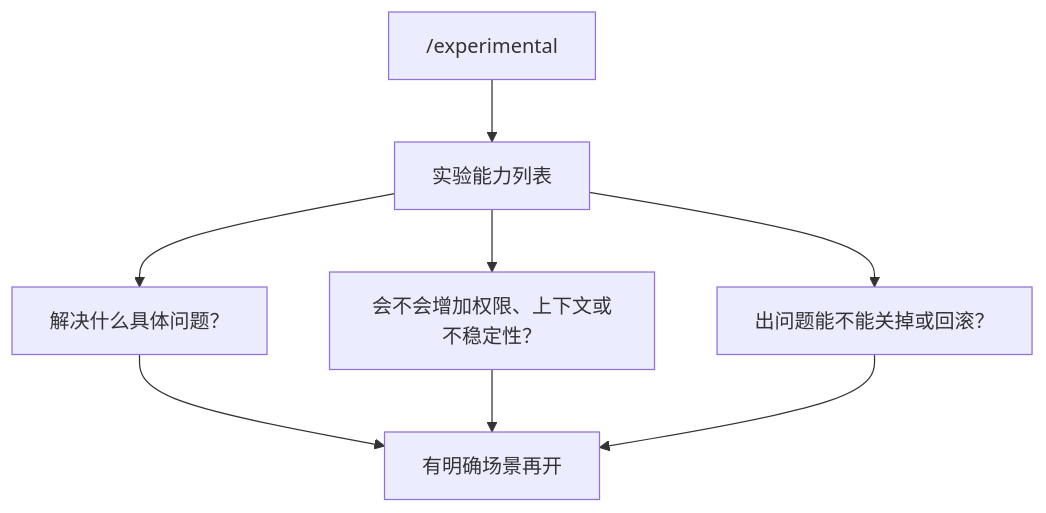
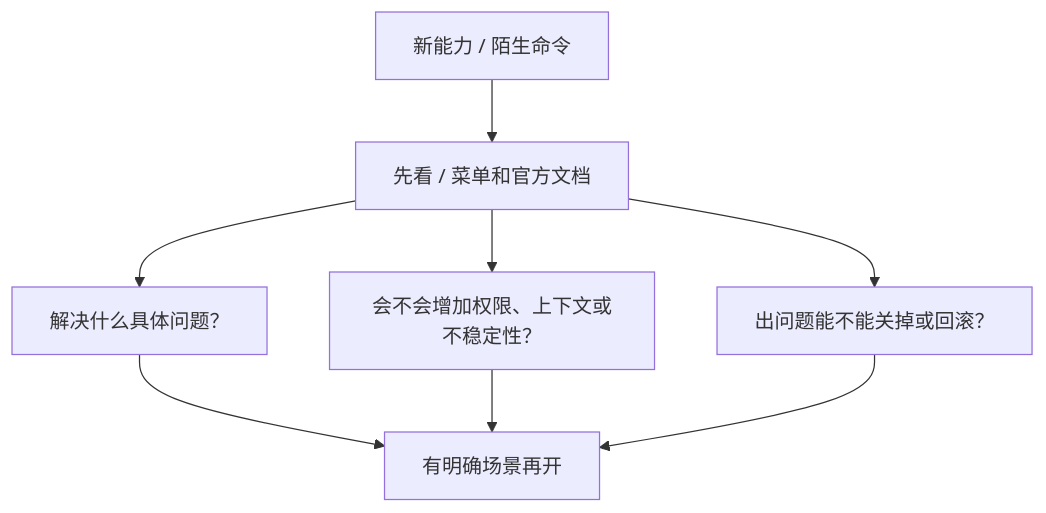
Before and after one commit to HN2461/first-fullstack-vue-blog: diagram 11 of 14 in output/AI工具/终端Agent流/Codex/第二篇：Codex-CLI-英文终端界面翻译与排错.md, drawn with Mermaid. The commit also changed other lines of this file and 38 other files, not shown here.

````diff
--- a/output/AI工具/终端Agent流/Codex/第二篇：Codex-CLI-英文终端界面翻译与排错.md
+++ b/output/AI工具/终端Agent流/Codex/第二篇：Codex-CLI-英文终端界面翻译与排错.md
@@ -375,10 +376,10 @@
 ```mermaid
 flowchart TD
-  A["/experimental"] --> B["实验能力列表"]
+  A["新能力 / 陌生命令"] --> B["先看 / 菜单和官方文档"]
   B --> C["解决什么具体问题？"]
   B --> D["会不会增加权限、上下文或不稳定性？"]
   B --> E["出问题能不能关掉或回滚？"]
   C --> F["有明确场景再开"]
   D --> F
   E --> F
 ```
````
